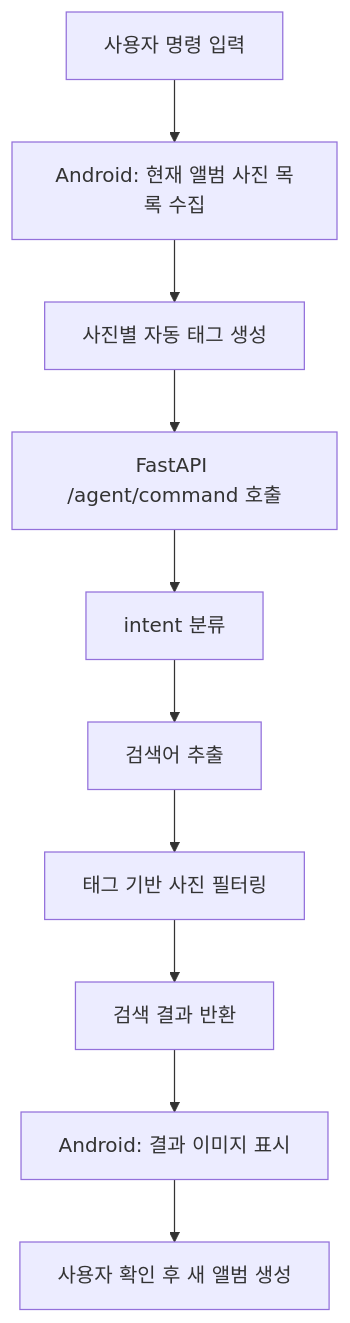
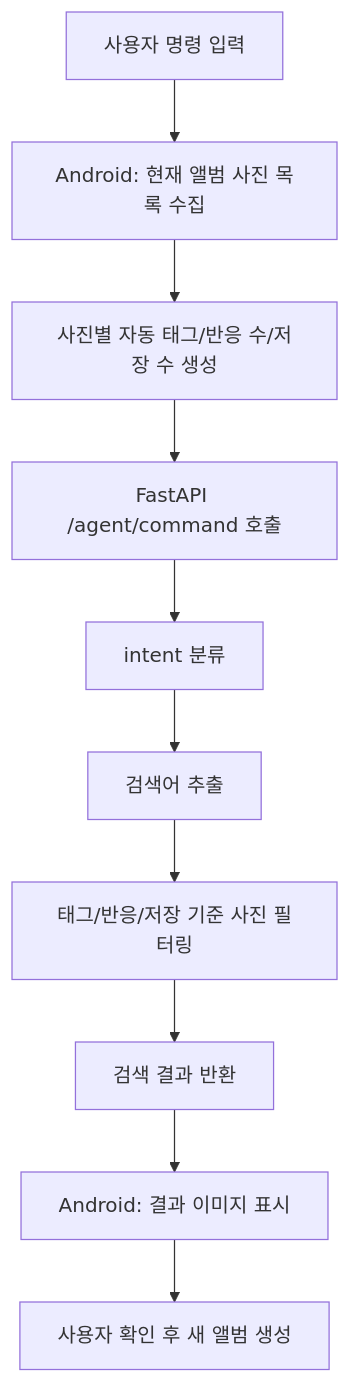
One commit to stophhh/ShareAlbum changed the second of 3 diagrams in README.md. Above: the diagram before and after it, drawn with Mermaid. The commit also changed other lines of this file and 13 other files, not shown here.

````diff
--- a/README.md
+++ b/README.md
@@ -75,12 +91,12 @@
 ```mermaid
 flowchart TD
     A["사용자 명령 입력"] --> B["Android: 현재 앨범 사진 목록 수집"]
-    B --> C["사진별 자동 태그 생성"]
+    B --> C["사진별 자동 태그/반응 수/저장 수 생성"]
     C --> D["FastAPI /agent/command 호출"]
     D --> E["intent 분류"]
     E --> F["검색어 추출"]
-    F --> G["태그 기반 사진 필터링"]
+    F --> G["태그/반응/저장 기준 사진 필터링"]
     G --> H["검색 결과 반환"]
     H --> I["Android: 결과 이미지 표시"]
     I --> J["사용자 확인 후 새 앨범 생성"]
 ```
````
